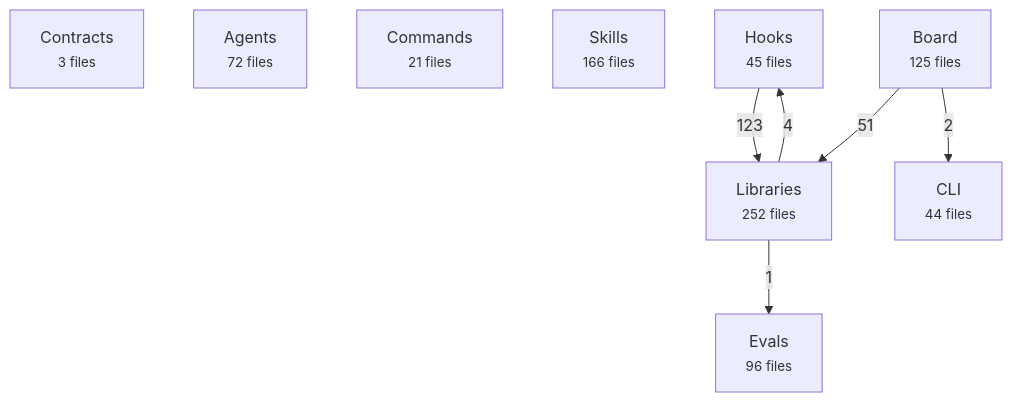
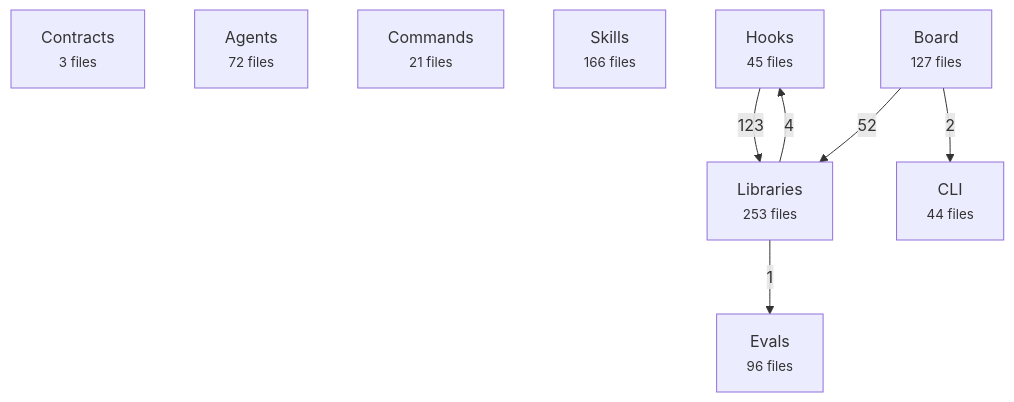
Before and after one commit to avelikiy/great_cto: the first of 2 diagrams in docs/reference/architecture-map.md, drawn with Mermaid. The commit also changed other lines of this file and 7 other files, not shown here.

````diff
--- a/docs/reference/architecture-map.md
+++ b/docs/reference/architecture-map.md
@@ -20,17 +20,17 @@
 ```mermaid
 flowchart TD
   contracts["Contracts<br/><small>3 files</small>"]
   agents["Agents<br/><small>72 files</small>"]
   commands["Commands<br/><small>21 files</small>"]
   skills["Skills<br/><small>166 files</small>"]
   hooks["Hooks<br/><small>45 files</small>"]
-  libs["Libraries<br/><small>252 files</small>"]
-  board["Board<br/><small>125 files</small>"]
+  libs["Libraries<br/><small>253 files</small>"]
+  board["Board<br/><small>127 files</small>"]
   cli["CLI<br/><small>44 files</small>"]
   evals["Evals<br/><small>96 files</small>"]
   hooks -->|123| libs
-  board -->|51| libs
+  board -->|52| libs
   libs -->|4| hooks
   board -->|2| cli
   libs -->|1| evals
 ```
````
